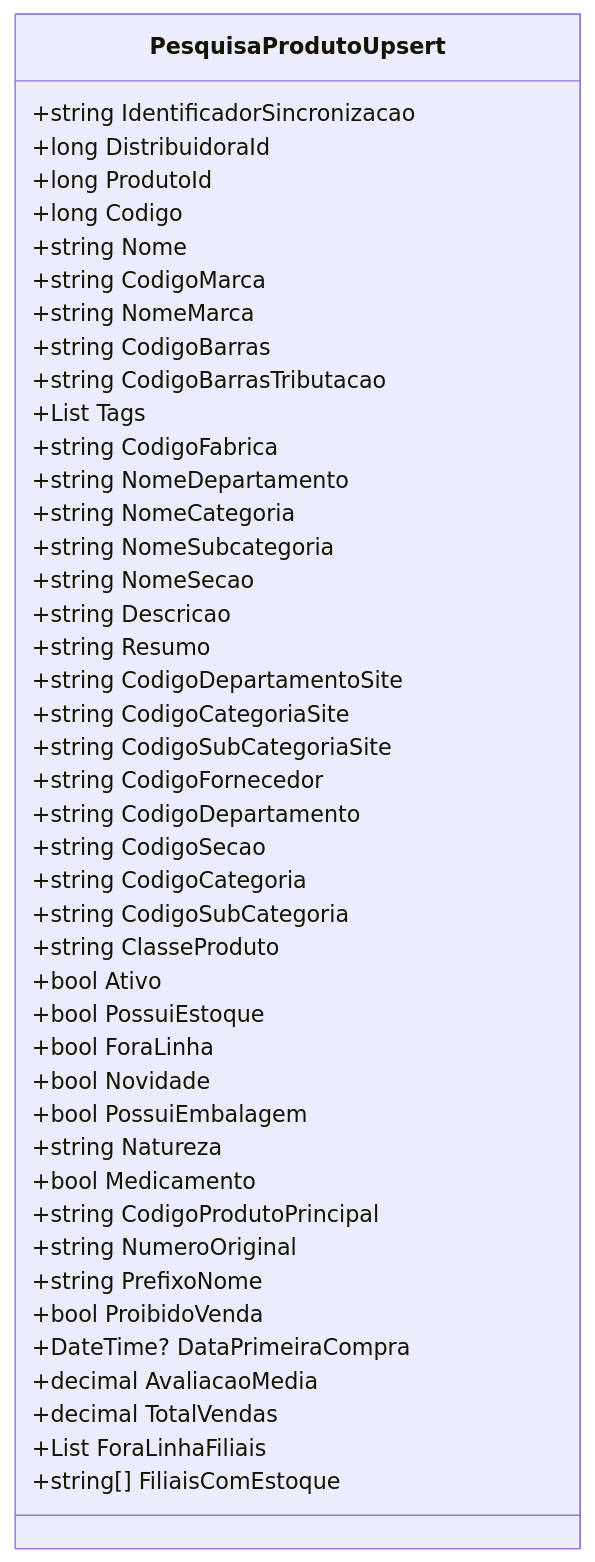
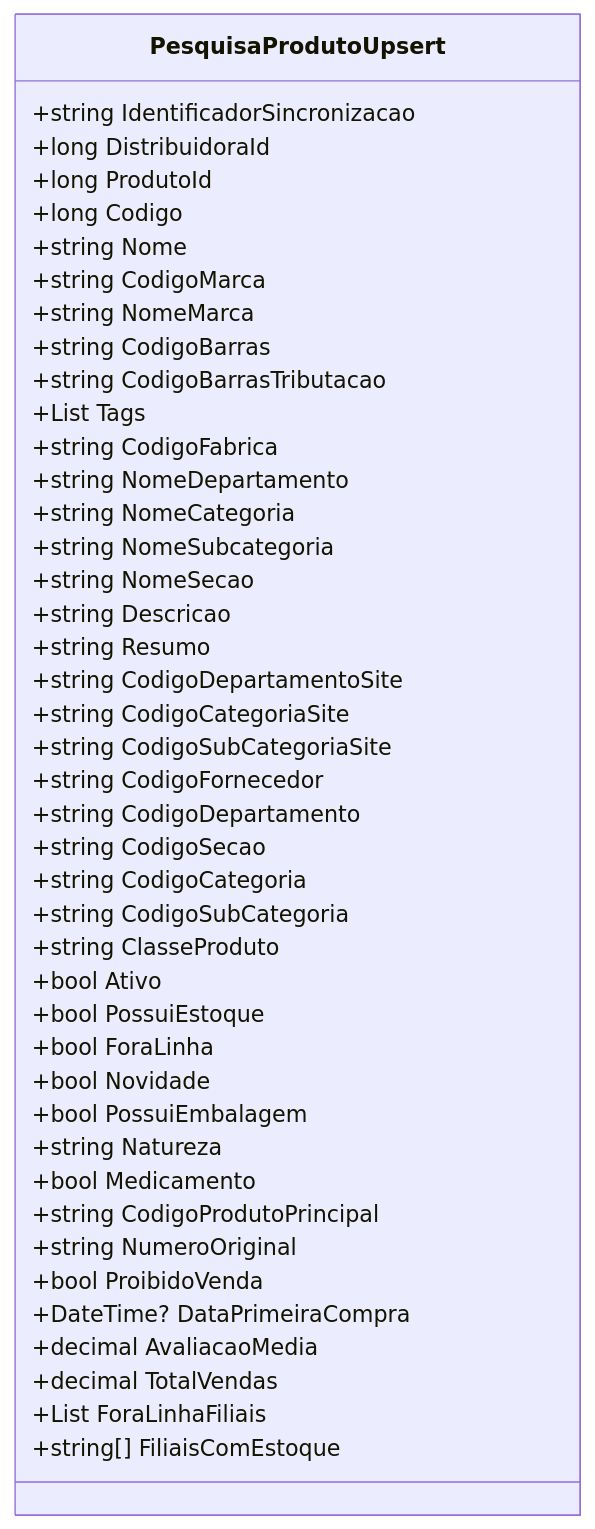
One commit to IsthmusSistemas/documentacao-tecnica changed the diagram in docs/b2b-dominio/IsthmusWinthor.Nucleo/IsthmusWinthor.Dominio/POCO/PesquisaProdutos/PesquisaProdutoUpsert.md. Above: the diagram before and after it, drawn with Mermaid. The commit also changed other lines of this file and 882 other files, not shown here.

````diff
--- a/docs/b2b-dominio/IsthmusWinthor.Nucleo/IsthmusWinthor.Dominio/POCO/PesquisaProdutos/PesquisaProdutoUpsert.md
+++ b/docs/b2b-dominio/IsthmusWinthor.Nucleo/IsthmusWinthor.Dominio/POCO/PesquisaProdutos/PesquisaProdutoUpsert.md
@@ -36,47 +21,46 @@
 ```mermaid
 classDiagram
     class PesquisaProdutoUpsert {
         +string IdentificadorSincronizacao
         +long DistribuidoraId
         +long ProdutoId
         +long Codigo
         +string Nome
         +string CodigoMarca
         +string NomeMarca
         +string CodigoBarras
         +string CodigoBarrasTributacao
         +List<string> Tags
         +string CodigoFabrica
         +string NomeDepartamento
         +string NomeCategoria
         +string NomeSubcategoria
         +string NomeSecao
         +string Descricao
         +string Resumo
         +string CodigoDepartamentoSite
         +string CodigoCategoriaSite
         +string CodigoSubCategoriaSite
         +string CodigoFornecedor
         +string CodigoDepartamento
         +string CodigoSecao
         +string CodigoCategoria
         +string CodigoSubCategoria
         +string ClasseProduto
         +bool Ativo
         +bool PossuiEstoque
         +bool ForaLinha
         +bool Novidade
         +bool PossuiEmbalagem
         +string Natureza
         +bool Medicamento
         +string CodigoProdutoPrincipal
         +string NumeroOriginal
-        +string PrefixoNome
         +bool ProibidoVenda
         +DateTime? DataPrimeiraCompra
         +decimal AvaliacaoMedia
         +decimal TotalVendas
         +List<string> ForaLinhaFiliais
         +string[] FiliaisComEstoque
     }
 ```
````
